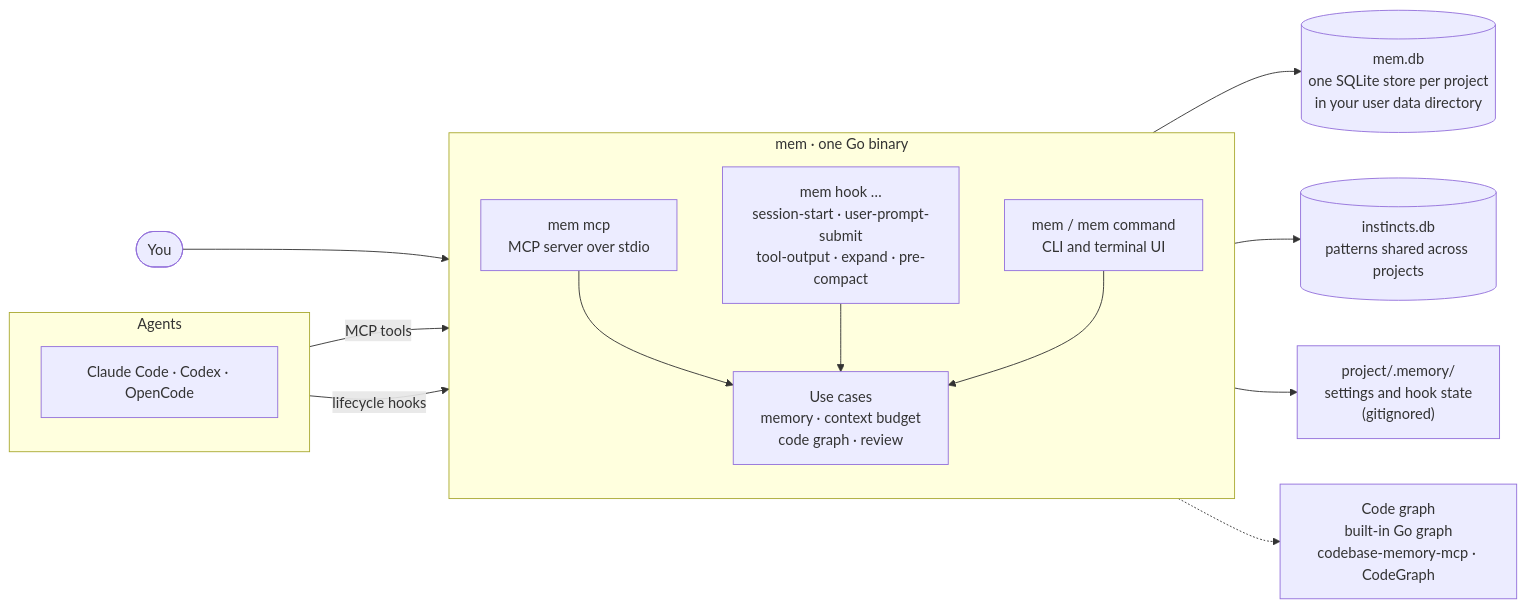
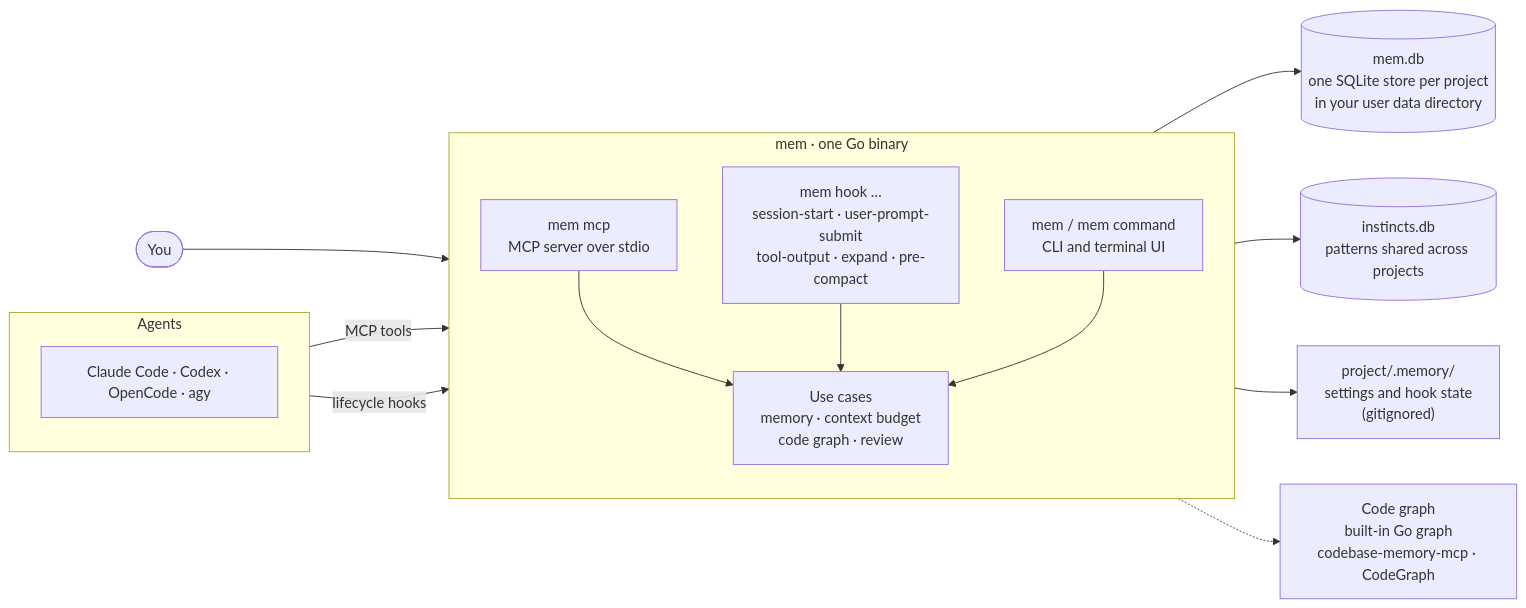
Before and after one commit to Sayoner-000/gomemory: the diagram in README.md, drawn with Mermaid. The commit also changed other lines of this file, not shown here.

Commit message:
docs(readme): añade Antigravity CLI a la tabla de agentes

````diff
--- a/README.md
+++ b/README.md
@@ -83,27 +83,27 @@
 ```mermaid
 flowchart LR
     subgraph agents [Agents]
         direction TB
-        hooked["Claude Code · Codex · OpenCode"]
+        hooked["Claude Code · Codex · OpenCode · agy"]
     end
 
     subgraph mem [mem · one Go binary]
         direction TB
         mcp["mem mcp<br/>MCP server over stdio"]
         hook["mem hook …<br/>session-start · user-prompt-submit<br/>tool-output · expand · pre-compact"]
         cli["mem / mem command<br/>CLI and terminal UI"]
         core["Use cases<br/>memory · context budget<br/>code graph · review"]
         mcp --> core
         hook --> core
         cli --> core
     end
 
     hooked -- "MCP tools" --> mcp
     hooked -- "lifecycle hooks" --> hook
     you(["You"]) --> cli
 
     core --> db[("mem.db<br/>one SQLite store per project<br/>in your user data directory")]
     core --> instincts[("instincts.db<br/>patterns shared across projects")]
     core --> local["project/.memory/<br/>settings and hook state<br/>(gitignored)"]
     core -.-> codegraph["Code graph<br/>built-in Go graph<br/>codebase-memory-mcp · CodeGraph"]
 ```
````
